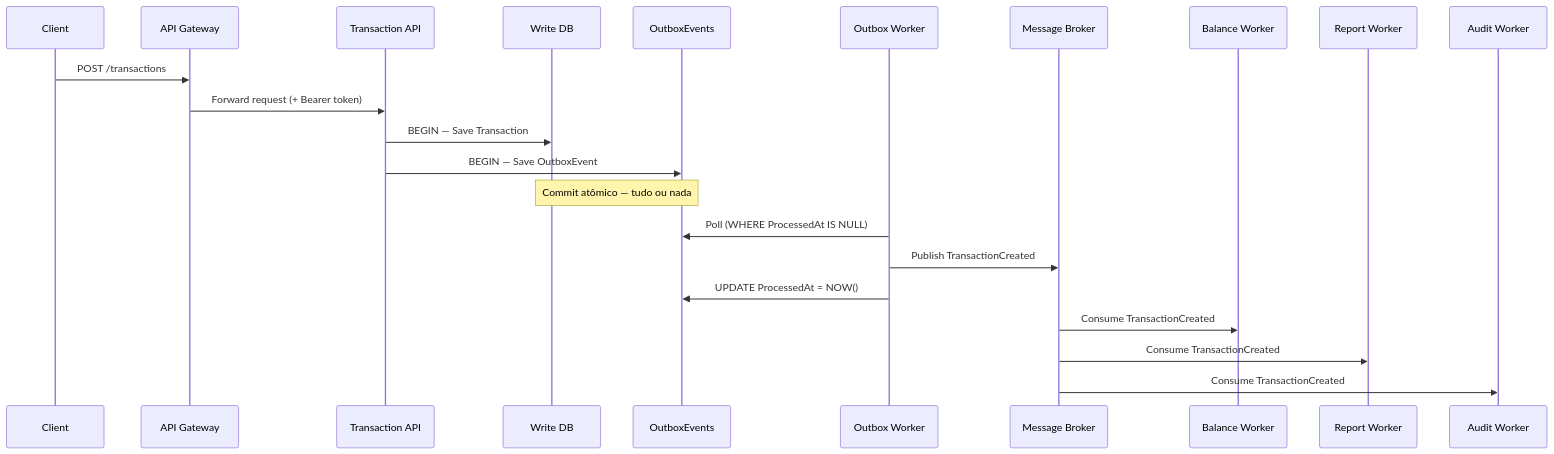
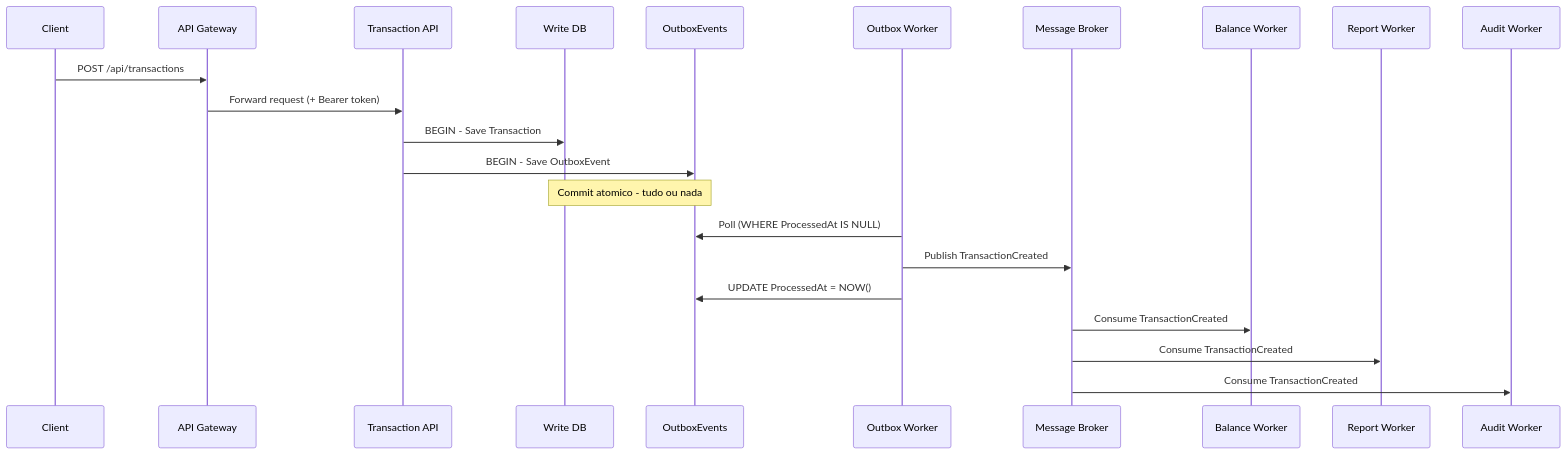
The second of 2 diagrams in README.md (antonio-leonardo/Cashflow), drawn with Mermaid before and after one commit. The commit also changed other lines of this file and 56 other files, not shown here.

````diff
--- a/README.md
+++ b/README.md
@@ -271,25 +151,25 @@
 ```mermaid
 sequenceDiagram
   participant C  as Client
   participant G  as API Gateway
   participant T  as Transaction API
   participant W  as Write DB
   participant O  as OutboxEvents
   participant OW as Outbox Worker
   participant MB as Message Broker
   participant BW as Balance Worker
   participant RW as Report Worker
   participant AW as Audit Worker
 
-  C->>G: POST /transactions
+  C->>G: POST /api/transactions
   G->>T: Forward request (+ Bearer token)
-  T->>W: BEGIN — Save Transaction
-  T->>O: BEGIN — Save OutboxEvent
-  Note over W,O: Commit atômico — tudo ou nada
+  T->>W: BEGIN - Save Transaction
+  T->>O: BEGIN - Save OutboxEvent
+  Note over W,O: Commit atomico - tudo ou nada
   OW->>O: Poll (WHERE ProcessedAt IS NULL)
   OW->>MB: Publish TransactionCreated
   OW->>O: UPDATE ProcessedAt = NOW()
   MB->>BW: Consume TransactionCreated
   MB->>RW: Consume TransactionCreated
   MB->>AW: Consume TransactionCreated
 ```
````
